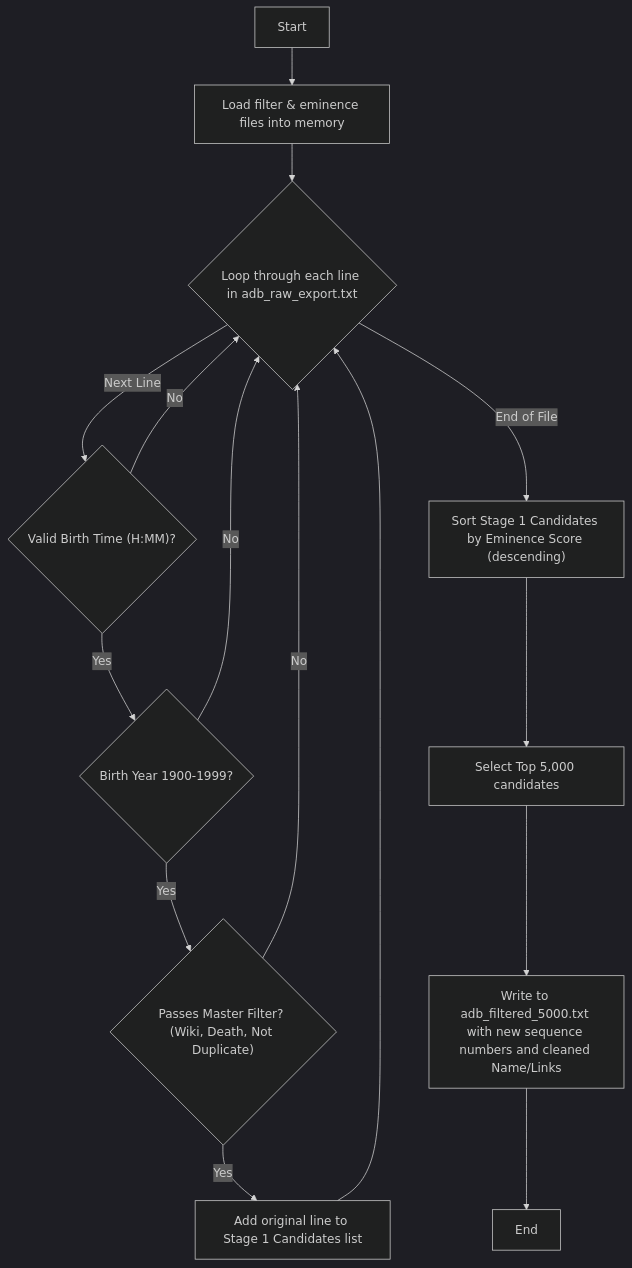
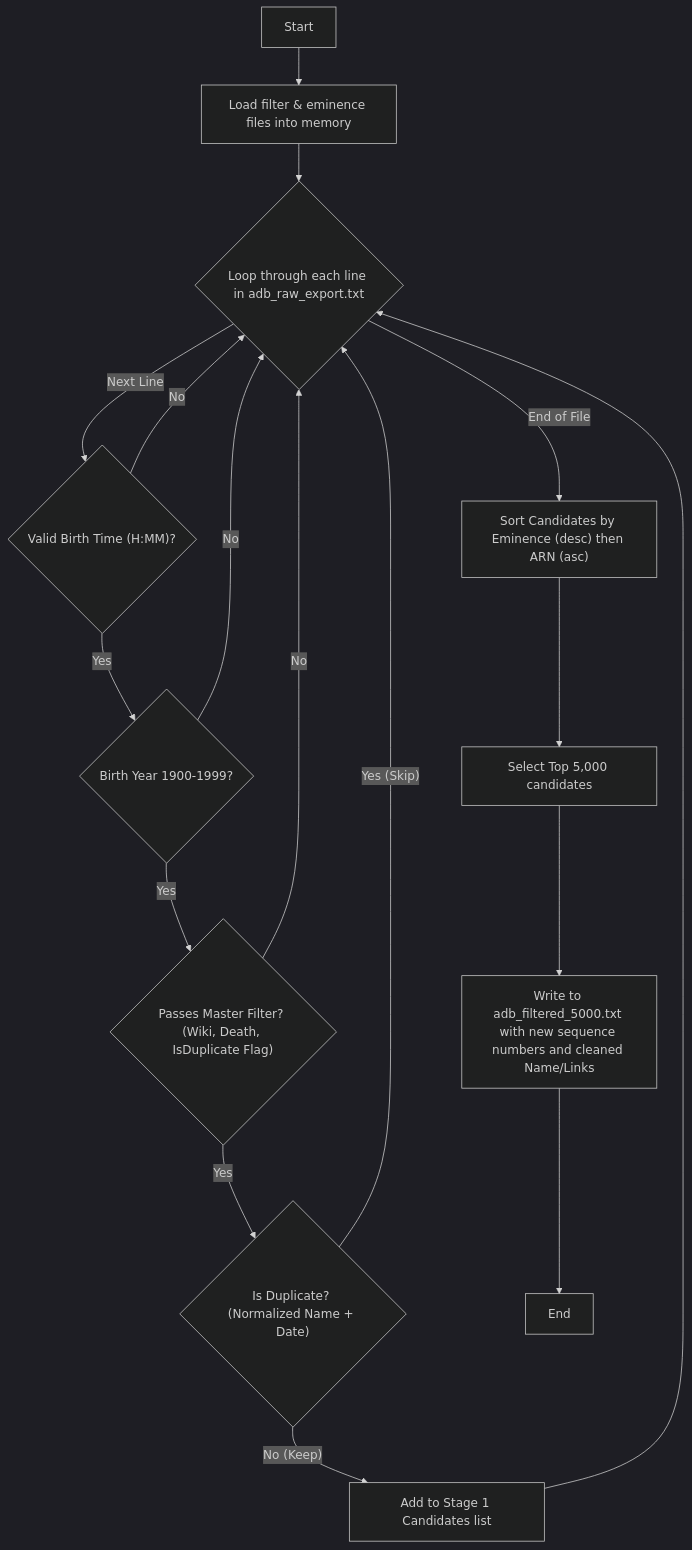
One commit to peterjmarko/llm-narrative-framework changed the diagram in docs/diagrams/logic_prep_filtering.mmd. Above: the diagram before and after it, drawn with Mermaid (dark theme). The commit also changed 19 other files, not shown here.

```diff
--- a/docs/diagrams/logic_prep_filtering.mmd
+++ b/docs/diagrams/logic_prep_filtering.mmd
@@ -1,15 +1,17 @@
 graph TD
     A[Start] --> B[Load filter & eminence files into memory];
     B --> C{Loop through each line in adb_raw_export.txt};
     C -- "Next Line" --> D{"Valid Birth Time (H:MM)?"};
     D -- No --> C;
     D -- Yes --> E{"Birth Year 1900-1999?"};
     E -- No --> C;
-    E -- Yes --> F{"Passes Master Filter? (Wiki, Death, Not Duplicate)"};
+    E -- Yes --> F{"Passes Master Filter? (Wiki, Death, IsDuplicate Flag)"};
     F -- No --> C;
-    F -- Yes --> G[Add original line to Stage 1 Candidates list];
+    F -- Yes --> F2{"Is Duplicate? (Normalized Name + Date)"};
+    F2 -- "Yes (Skip)" --> C;
+    F2 -- "No (Keep)" --> G[Add to Stage 1 Candidates list];
     G --> C;
-    C -- "End of File" --> H["Sort Stage 1 Candidates by Eminence Score (descending)"];
+    C -- "End of File" --> H["Sort Candidates by Eminence (desc) then ARN (asc)"];
     H --> I["Select Top 5,000 candidates"];
     I --> J["Write to adb_filtered_5000.txt with new sequence numbers and cleaned Name/Links"];
     J --> K[End];
```
